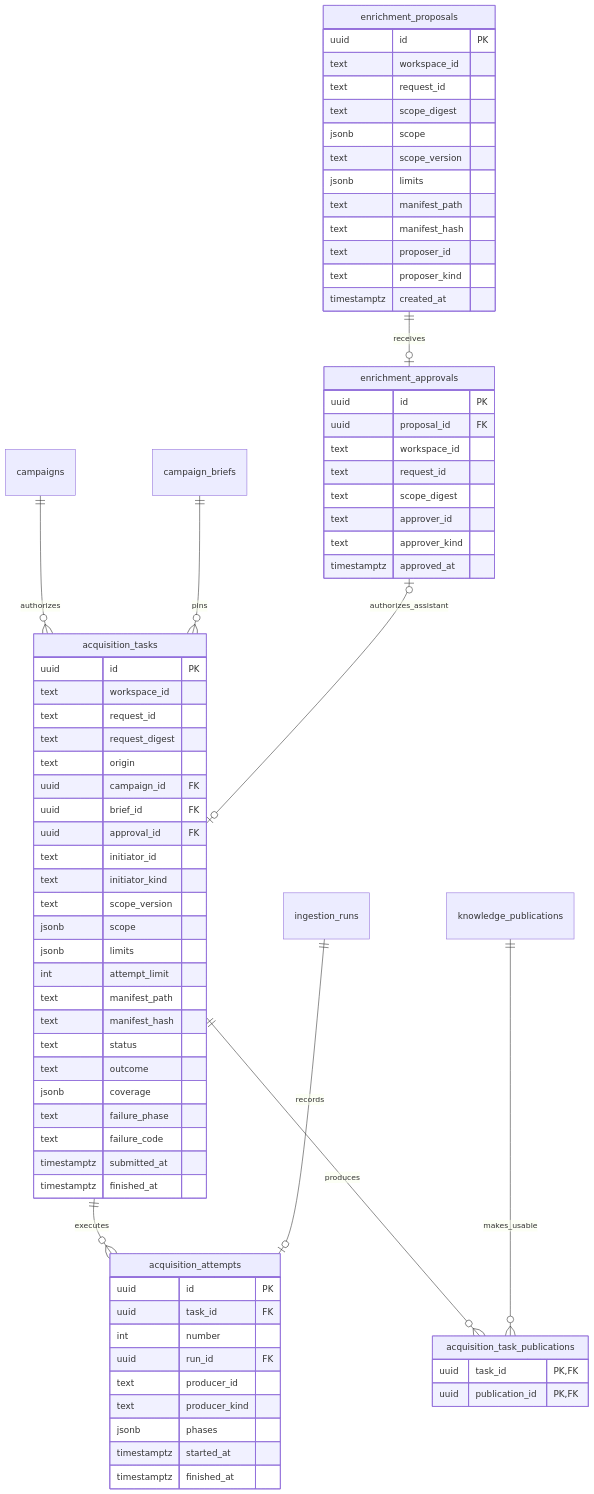
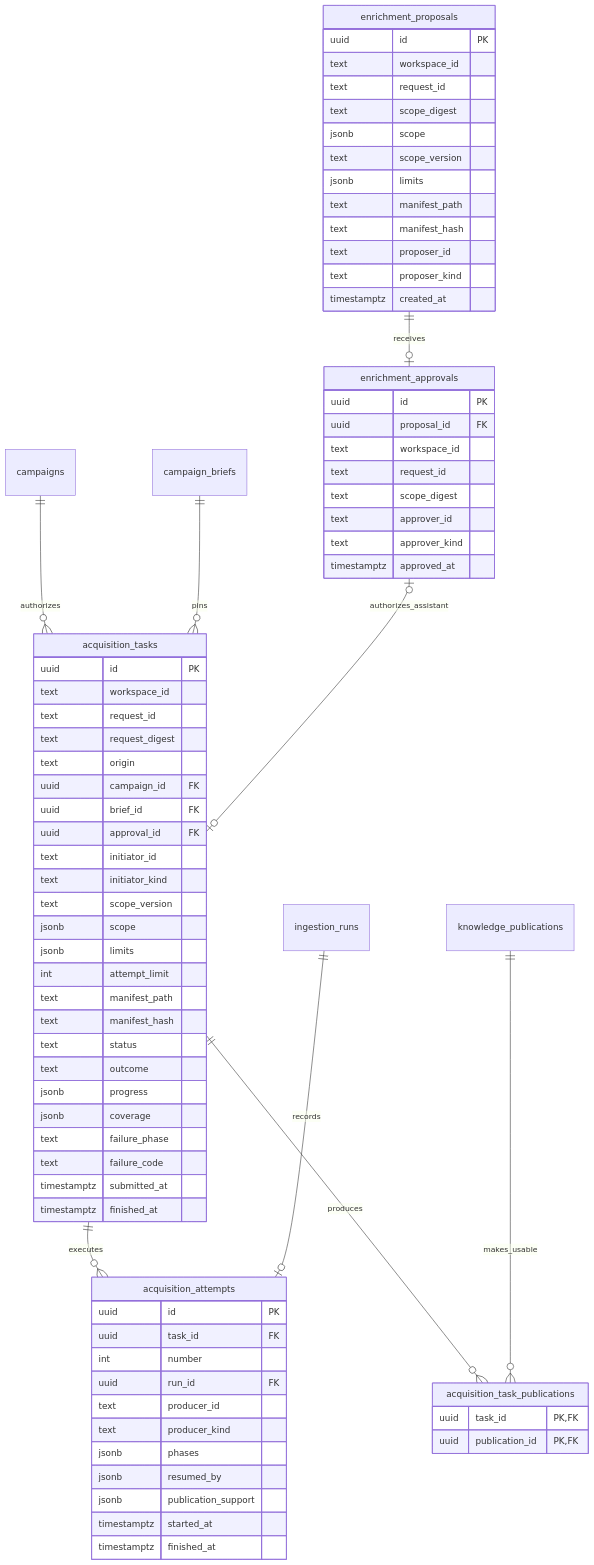
One commit to jinroylee/social-marketing-intelligence changed the sixth of 7 diagrams in docs/data-model.md. Above: the diagram before and after it, drawn with Mermaid. The commit also changed other lines of this file and 26 other files, not shown here.

````diff
--- a/docs/data-model.md
+++ b/docs/data-model.md
@@ -501,75 +502,78 @@
 ```mermaid
 erDiagram
     campaigns ||--o{ acquisition_tasks : authorizes
     campaign_briefs ||--o{ acquisition_tasks : pins
     enrichment_proposals ||--o| enrichment_approvals : receives
     enrichment_approvals o|--o| acquisition_tasks : authorizes_assistant
     acquisition_tasks ||--o{ acquisition_attempts : executes
     ingestion_runs ||--o| acquisition_attempts : records
     acquisition_tasks ||--o{ acquisition_task_publications : produces
     knowledge_publications ||--o{ acquisition_task_publications : makes_usable
     enrichment_proposals {
         uuid id PK
         text workspace_id
         text request_id
         text scope_digest
         jsonb scope
         text scope_version
         jsonb limits
         text manifest_path
         text manifest_hash
         text proposer_id
         text proposer_kind
         timestamptz created_at
     }
     enrichment_approvals {
         uuid id PK
         uuid proposal_id FK
         text workspace_id
         text request_id
         text scope_digest
         text approver_id
         text approver_kind
         timestamptz approved_at
     }
     acquisition_tasks {
         uuid id PK
         text workspace_id
         text request_id
         text request_digest
         text origin
         uuid campaign_id FK
         uuid brief_id FK
         uuid approval_id FK
         text initiator_id
         text initiator_kind
         text scope_version
         jsonb scope
         jsonb limits
         int attempt_limit
         text manifest_path
         text manifest_hash
         text status
         text outcome
+        jsonb progress
         jsonb coverage
         text failure_phase
         text failure_code
         timestamptz submitted_at
         timestamptz finished_at
     }
     acquisition_attempts {
         uuid id PK
         uuid task_id FK
         int number
         uuid run_id FK
         text producer_id
         text producer_kind
         jsonb phases
+        jsonb resumed_by
+        jsonb publication_support
         timestamptz started_at
         timestamptz finished_at
     }
     acquisition_task_publications {
         uuid task_id PK, FK
         uuid publication_id PK, FK
     }
 ```
````
